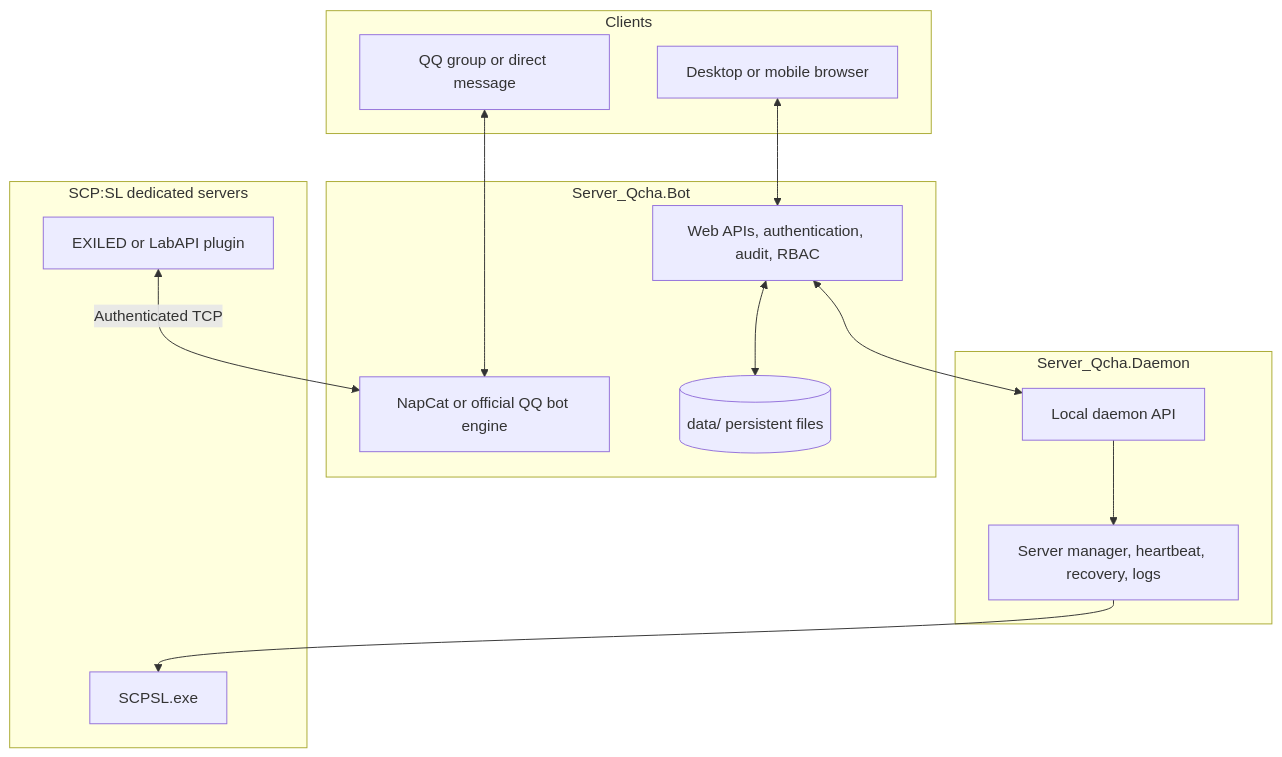
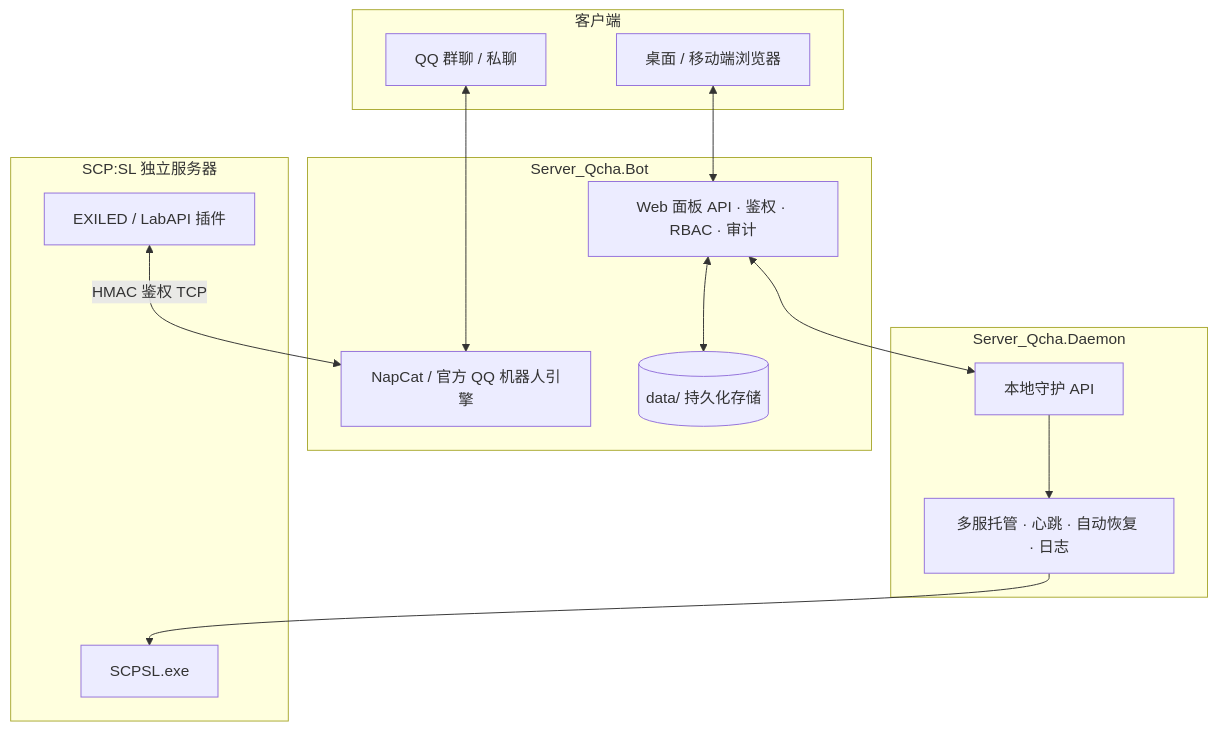
One commit to jikekei/Server_Qchat changed the diagram in README.md. Above: the diagram before and after it, drawn with Mermaid. The commit also changed other lines of this file, not shown here.

````diff
--- a/README.md
+++ b/README.md
@@ -70,27 +84,27 @@
 ```mermaid
 graph TD
-  subgraph Clients["Clients"]
-    Browser["Desktop or mobile browser"]
-    QQ["QQ group or direct message"]
+  subgraph Clients["客户端"]
+    Browser["桌面 / 移动端浏览器"]
+    QQ["QQ 群聊 / 私聊"]
   end
   subgraph BotHost["Server_Qcha.Bot"]
-    Web["Web APIs, authentication, audit, RBAC"]
-    Bot["NapCat or official QQ bot engine"]
-    Data[("data/ persistent files")]
+    Web["Web 面板 API · 鉴权 · RBAC · 审计"]
+    Bot["NapCat / 官方 QQ 机器人引擎"]
+    Data[("data/ 持久化存储")]
   end
   subgraph Supervisor["Server_Qcha.Daemon"]
-    API["Local daemon API"]
-    Manager["Server manager, heartbeat, recovery, logs"]
+    API["本地守护 API"]
+    Manager["多服托管 · 心跳 · 自动恢复 · 日志"]
   end
-  subgraph Servers["SCP:SL dedicated servers"]
+  subgraph Servers["SCP:SL 独立服务器"]
     Game["SCPSL.exe"]
-    Plugin["EXILED or LabAPI plugin"]
+    Plugin["EXILED / LabAPI 插件"]
   end
   Browser <--> Web
   Web <--> Data
   QQ <--> Bot
   Web <--> API
   API --> Manager
   Manager --> Game
-  Plugin <-->|Authenticated TCP| Bot
+  Plugin <-->|HMAC 鉴权 TCP| Bot
 ```
````
